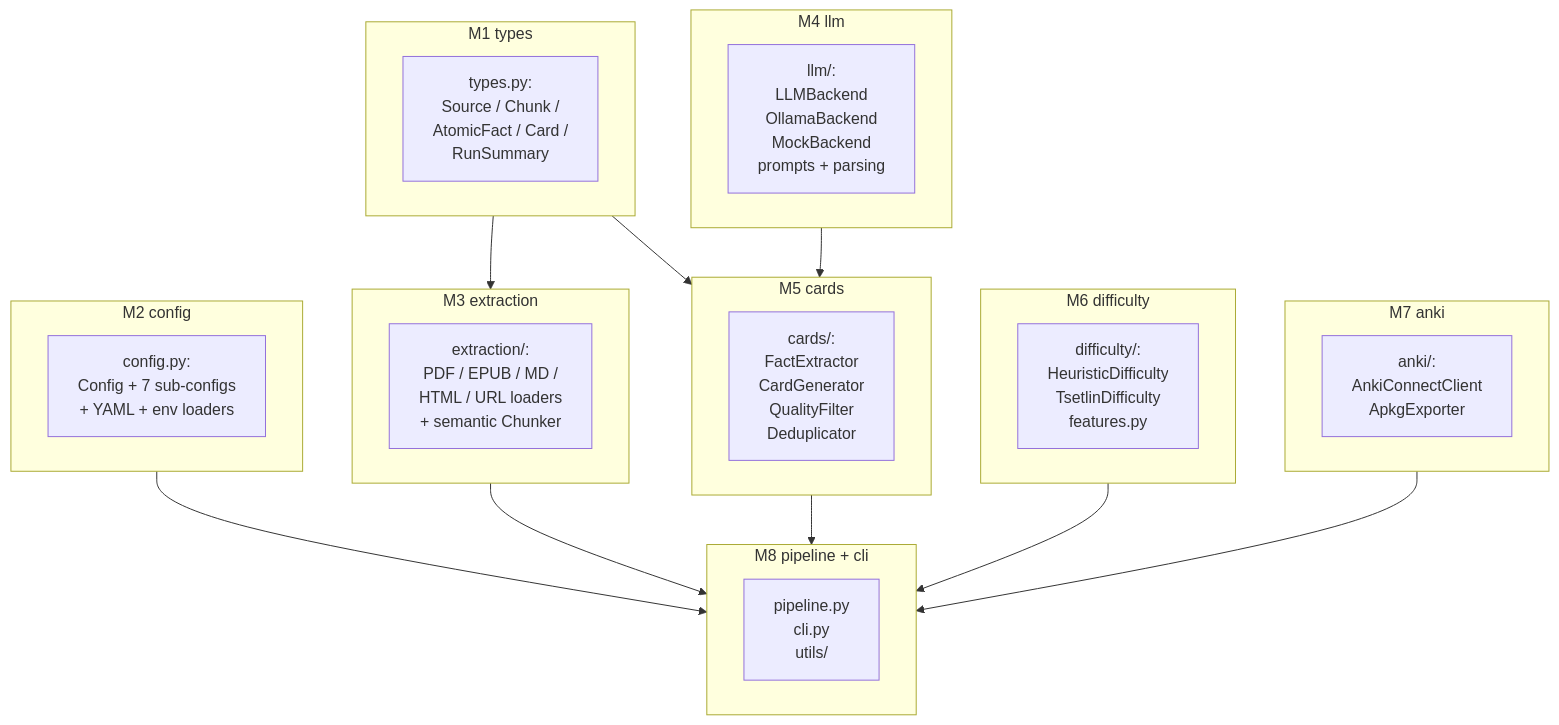
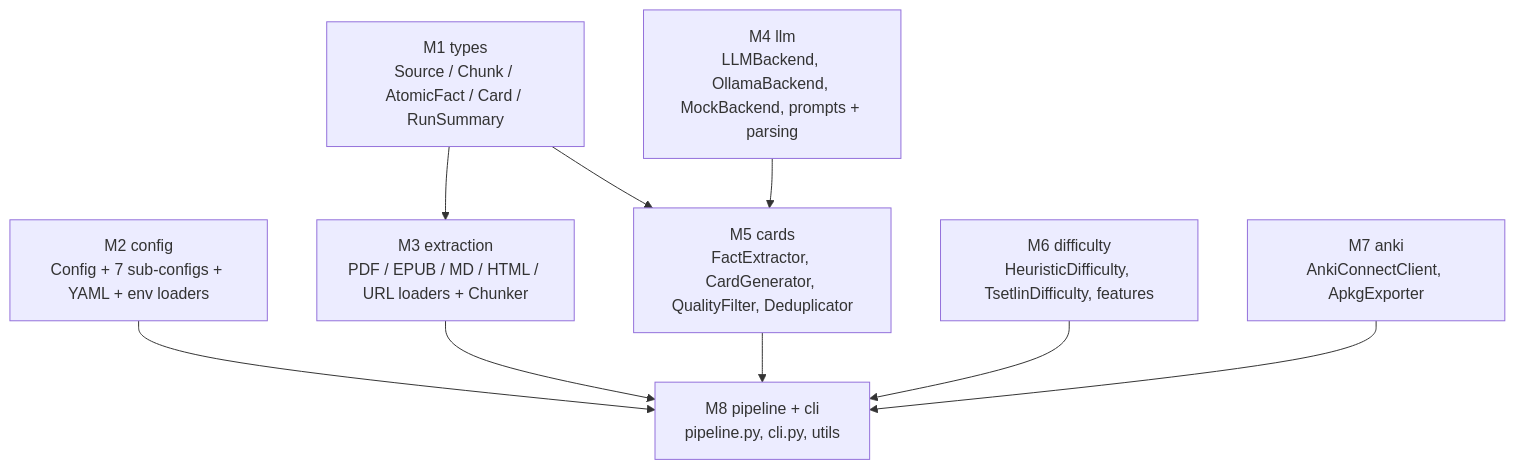
Before and after one commit to AnwarDebes/Mneme-Education-Ecosystem: the third of 3 diagrams in README.md, drawn with Mermaid. The commit also changed other lines of this file, not shown here.

Commit message:
Fix mermaid diagrams that fail to render on GitHub

````diff
--- a/README.md
+++ b/README.md
@@ -241,35 +241,19 @@
 ```mermaid
 flowchart TB
-    subgraph M1[M1 types]
-        T1[types.py:<br/>Source / Chunk /<br/>AtomicFact / Card /<br/>RunSummary]
-    end
-    subgraph M2[M2 config]
-        T2[config.py:<br/>Config + 7 sub-configs<br/>+ YAML + env loaders]
-    end
-    subgraph M3[M3 extraction]
-        T3[extraction/:<br/>PDF / EPUB / MD /<br/>HTML / URL loaders<br/>+ semantic Chunker]
-    end
-    subgraph M4[M4 llm]
-        T4[llm/:<br/>LLMBackend<br/>OllamaBackend<br/>MockBackend<br/>prompts + parsing]
-    end
-    subgraph M5[M5 cards]
-        T5[cards/:<br/>FactExtractor<br/>CardGenerator<br/>QualityFilter<br/>Deduplicator]
-    end
-    subgraph M6[M6 difficulty]
-        T6[difficulty/:<br/>HeuristicDifficulty<br/>TsetlinDifficulty<br/>features.py]
-    end
-    subgraph M7[M7 anki]
-        T7[anki/:<br/>AnkiConnectClient<br/>ApkgExporter]
-    end
-    subgraph M8[M8 pipeline + cli]
-        T8[pipeline.py<br/>cli.py<br/>utils/]
-    end
+    M1["M1 types<br/>Source / Chunk / AtomicFact / Card / RunSummary"]
+    M2["M2 config<br/>Config + 7 sub-configs + YAML + env loaders"]
+    M3["M3 extraction<br/>PDF / EPUB / MD / HTML / URL loaders + Chunker"]
+    M4["M4 llm<br/>LLMBackend, OllamaBackend, MockBackend, prompts + parsing"]
+    M5["M5 cards<br/>FactExtractor, CardGenerator, QualityFilter, Deduplicator"]
+    M6["M6 difficulty<br/>HeuristicDifficulty, TsetlinDifficulty, features"]
+    M7["M7 anki<br/>AnkiConnectClient, ApkgExporter"]
+    M8["M8 pipeline + cli<br/>pipeline.py, cli.py, utils"]
     M1 --> M5
     M1 --> M3
     M2 --> M8
     M3 --> M8
     M4 --> M5
     M5 --> M8
     M6 --> M8
     M7 --> M8
 ```
````
